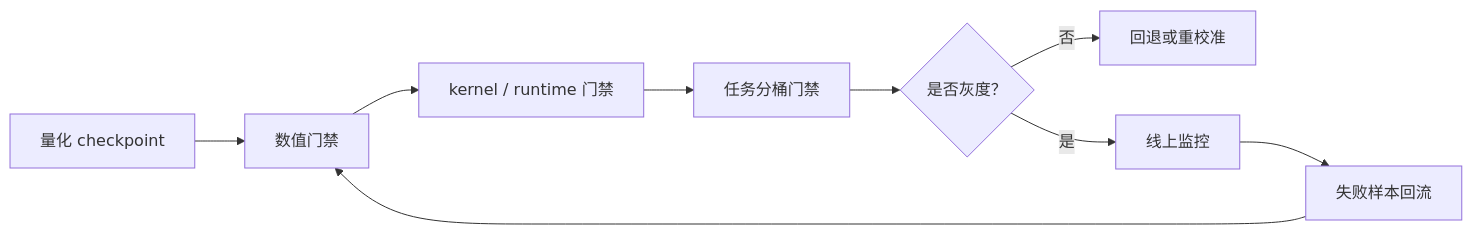
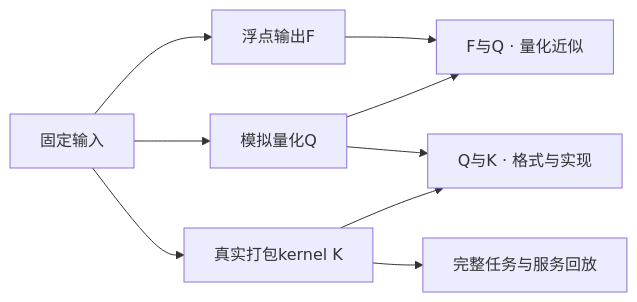
Before and after one commit to Charles2530/Charles-AI-notes: the diagram in files/quantization/evaluation-and-deployment-checklist.md, drawn with Mermaid. The commit also changed other lines of this file and 954 other files, not shown here.

````diff
--- a/files/quantization/evaluation-and-deployment-checklist.md
+++ b/files/quantization/evaluation-and-deployment-checklist.md
@@ -65,11 +18,11 @@
 ```mermaid
 flowchart LR
-    A["量化 checkpoint"] --> B["数值门禁"]
-    B --> C["kernel / runtime 门禁"]
-    C --> D["任务分桶门禁"]
-    D --> E{"是否灰度？"}
-    E -- "否" --> F["回退或重校准"]
-    E -- "是" --> G["线上监控"]
-    G --> H["失败样本回流"]
-    H --> B
+  X["固定输入"] --> F["浮点输出F"]
+  X --> Q["模拟量化Q"]
+  X --> K["真实打包kernel K"]
+  F --> E["F与Q · 量化近似"]
+  Q --> E
+  Q --> P["Q与K · 格式与实现"]
+  K --> P
+  K --> T["完整任务与服务回放"]
 ```
````
